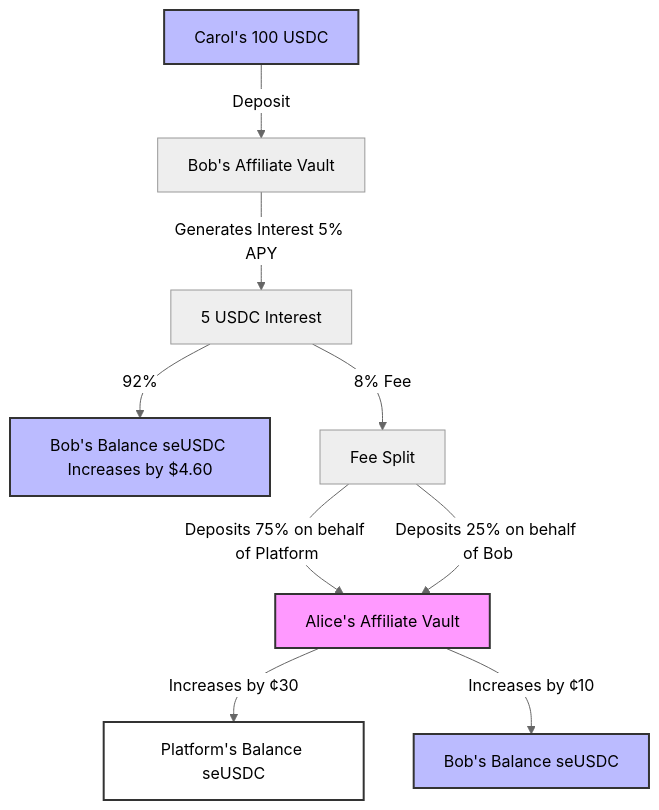
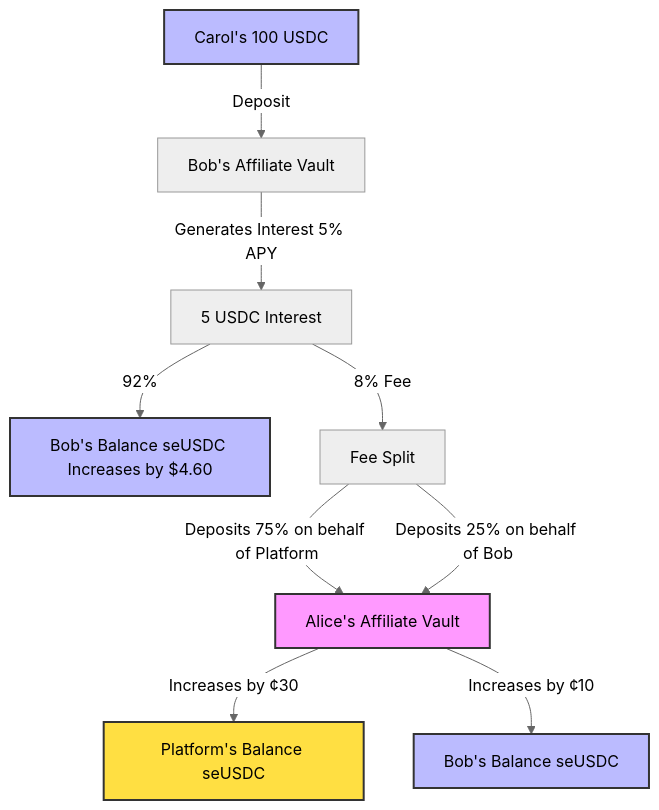
Before and after one commit to 0xsend/send-earn-contracts: the fourth of 4 diagrams in docs/send-earn-affiliates.md, drawn with Mermaid (neutral theme). The commit also changed other lines of this file, not shown here.

````diff
--- a/docs/send-earn-affiliates.md
+++ b/docs/send-earn-affiliates.md
@@ -148,17 +150,17 @@
 ```mermaid
 graph TD
     Carol[Carol's 100 USDC] -->|Deposit| BobSEVault[Bob's Affiliate Vault]
     BobSEVault -->|Generates Interest 5% APY| MetaMorpho[5 USDC Interest]
     MetaMorpho -->|92%| BobNewBalance[Bob's Balance seUSDC Increases by $4.60]
     MetaMorpho -->|8% Fee| FeeSplit[Fee Split]
     FeeSplit -->|Deposits 75% on behalf of Platform| AliceSendEarnVault[Alice's Affiliate Vault]
     FeeSplit -->|Deposits 25% on behalf of Bob| AliceSendEarnVault[Alice's Affiliate Vault]
     AliceSendEarnVault -->|Increases by ¢30| Platform[Platform's Balance seUSDC]
     AliceSendEarnVault -->|Increases by ¢10| Bob[Bob's Balance seUSDC]
 
     style Carol fill:#bbf,stroke: #333,stroke-width:2px,color:#000
     style Bob fill:#bbf,stroke: #333,stroke-width:2px,color:#000
     style BobNewBalance fill:#bbf,stroke: #333,stroke-width:2px,color:#000
-    style Platform fill:#FFFFFF,stroke: #333,stroke-width:2px,color:#000
+    style Platform fill:#FFDF42,stroke: #333,stroke-width:2px,color:#000
     style AliceSendEarnVault fill:#f9f,stroke: #333,stroke-width:2px,color:#000
 ```
````
